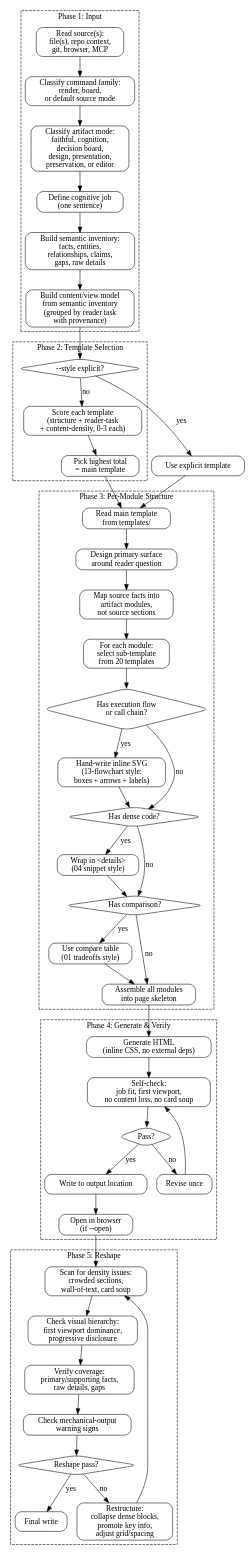
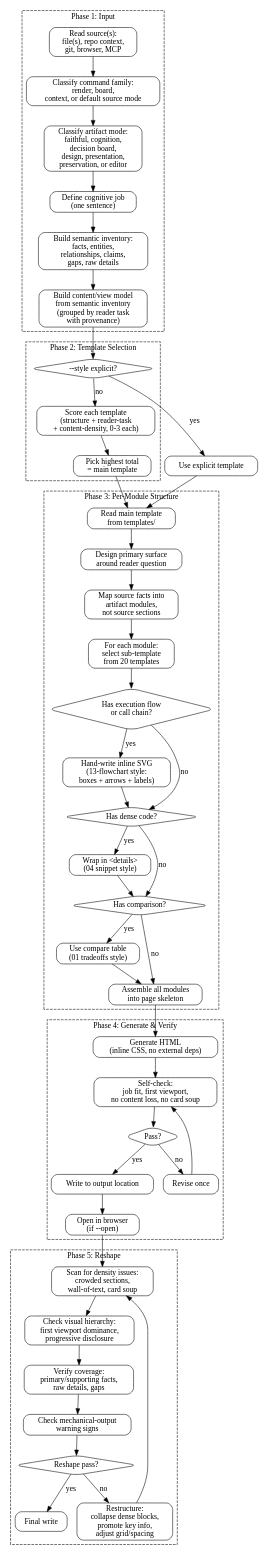
One commit to feng-y/pge changed the diagram in skills/pge-html/SKILL.md. Above: the diagram before and after it, drawn with Graphviz. The commit also changed other lines of this file and 15 other files, not shown here.

```diff
--- a/skills/pge-html/SKILL.md
+++ b/skills/pge-html/SKILL.md
@@ -243,7 +271,7 @@
     label="Phase 1: Input";
     style=dashed;
     read_source [label="Read source(s):\nfile(s), repo context,\ngit, browser, MCP"];
-    classify_command [label="Classify command family:\nrender, board,\nor default source mode"];
+    classify_command [label="Classify command family:\nrender, board,\ncontext, or default source mode"];
     classify_level [label="Classify artifact mode:\nfaithful, cognition,\ndecision board,\ndesign, presentation,\npreservation, or editor"];
     define_job [label="Define cognitive job\n(one sentence)"];
     semantic_inventory [label="Build semantic inventory:\nfacts, entities,\nrelationships, claims,\ngaps, raw details"];
```
